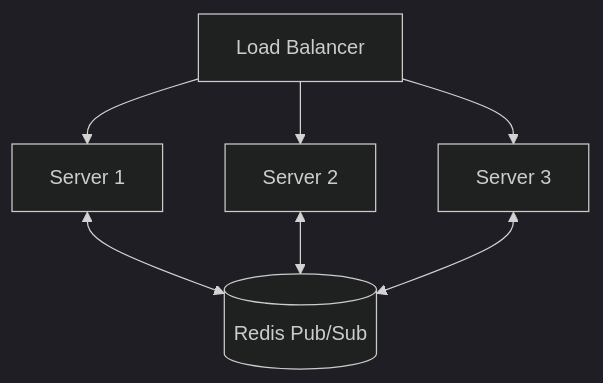
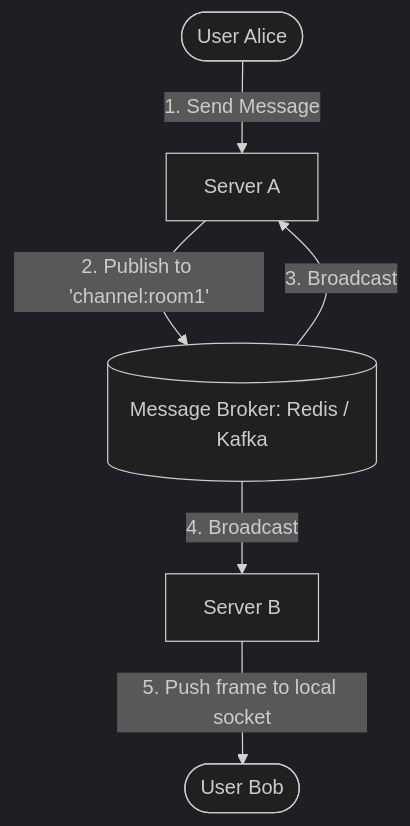
The fifth of 5 diagrams in 07-Backend-Engineering/Real-Time Backend Systems.md (rohithgowda18/Notes), drawn with Mermaid (dark theme) before and after one commit. The commit also changed other lines of this file, not shown here.

Commit message:
Enhance readability, diagrams, and structure of Real-Time Backend Systems guide

````diff
--- a/07-Backend-Engineering/Real-Time Backend Systems.md
+++ b/07-Backend-Engineering/Real-Time Backend Systems.md
@@ -684,9 +282,8 @@
 ```mermaid
 flowchart TD
-    LB[Load Balancer] --> S1[Server 1]
-    LB --> S2[Server 2]
-    LB --> S3[Server 3]
-    S1 <--> Broker[(Redis Pub/Sub)]
-    S2 <--> Broker
-    S3 <--> Broker
+    Alice([User Alice]) -->|1. Send Message| S1[Server A]
+    S1 -->|2. Publish to 'channel:room1'| Bus[(Message Broker: Redis / Kafka)]
+    Bus -->|3. Broadcast| S1
+    Bus -->|4. Broadcast| S2[Server B]
+    S2 -->|5. Push frame to local socket| Bob([User Bob])
 ```
````
